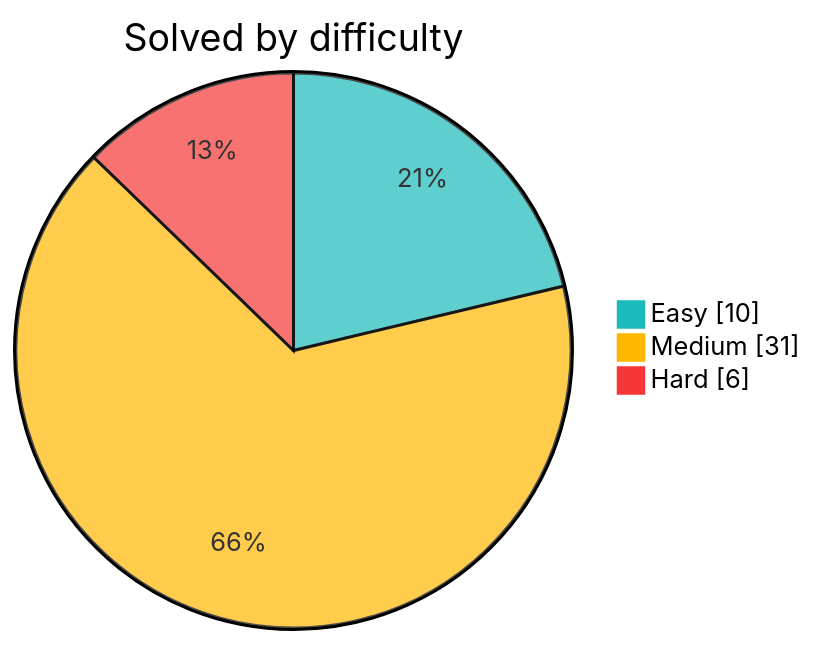
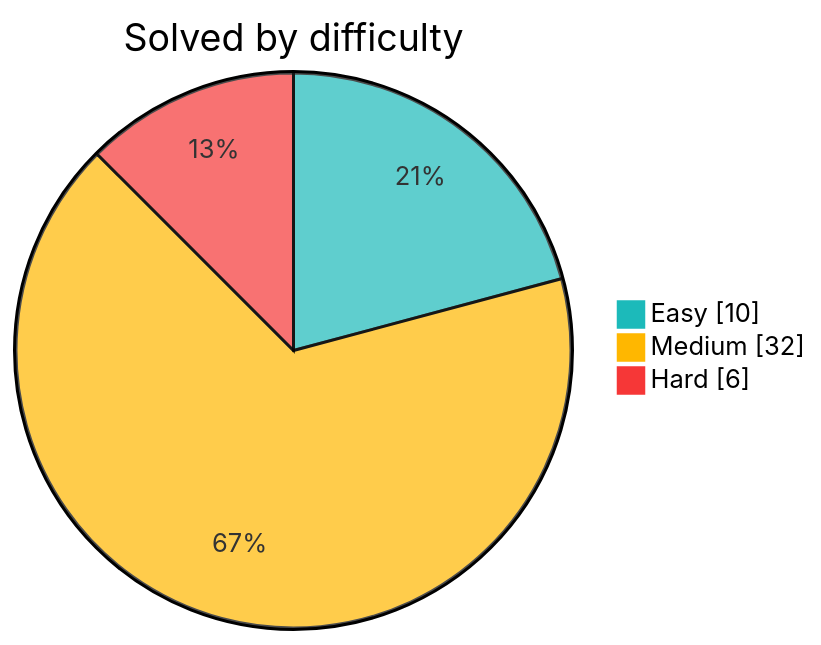
Before and after one commit to Sekler09/algorithms: the diagram in README.md, drawn with Mermaid. The commit also changed other lines of this file and 3 other files, not shown here.

````diff
--- a/README.md
+++ b/README.md
@@ -9,8 +9,8 @@
 ```mermaid
 %%{init: {"themeVariables": {"pie1": "#1cbaba", "pie2": "#ffb700", "pie3": "#f63737"}}}%%
 pie showData
     title Solved by difficulty
     "Easy" : 10
-    "Medium" : 31
+    "Medium" : 32
     "Hard" : 6
 ```
````
